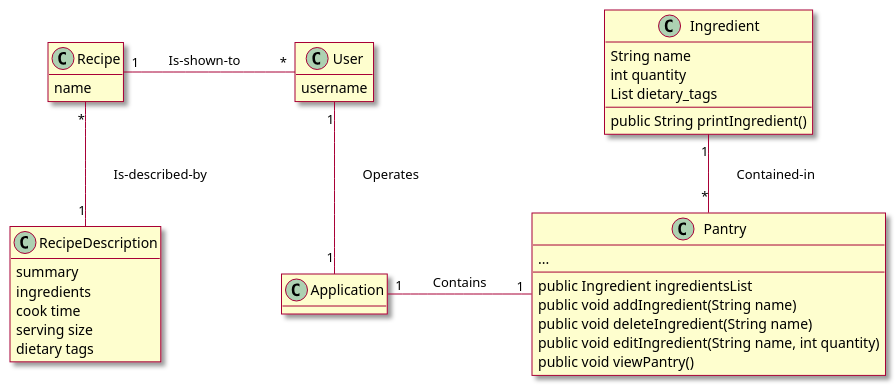
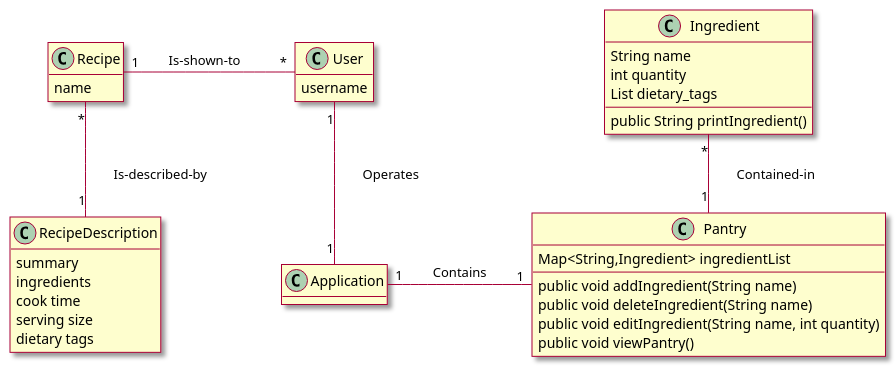
The diagram in intellij/doc/class_diagram.md (berthashipper/Pantry-Pal-Android-Application), drawn with PlantUML before and after one commit. The commit also changed 7 other files, not shown here.

````diff
--- a/intellij/doc/class_diagram.md
+++ b/intellij/doc/class_diagram.md
@@ -1,60 +1,59 @@
 ```plantuml
 @startuml
 
 skin rose
 
 hide empty methods
 ' classes
 
 class Pantry{
- ...
+ Map<String,Ingredient> ingredientList
  --
- public Ingredient ingredientsList
  public void addIngredient(String name)
  public void deleteIngredient(String name)
  public void editIngredient(String name, int quantity)
  public void viewPantry()
 }
 
 class Recipe{
  name
 }
 
 class RecipeDescription{
  summary
  ingredients
  cook time
  serving size
  dietary tags
 }
 
 class Ingredient{
  String name
  int quantity
  List dietary_tags
  __
  public String printIngredient()
 }
 
 
 class Application{
 
 }
 
 class User{
  username
 }
 
 
 ' associations
  User "1" -down- "1" Application : \tOperates\t\t
 Application "1" -right- "1" Pantry : \tContains\t\t
-Pantry "*" -up- "1" Ingredient : \tContained-in\t\t
+Pantry "1" -up- "*" Ingredient : \tContained-in\t\t
 Recipe "*" -down- "1" RecipeDescription : \tIs-described-by\t\t
 User "*" -left- "1" Recipe : \tIs-shown-to\t\t
 
 
 
 
 @enduml
 ```
````
